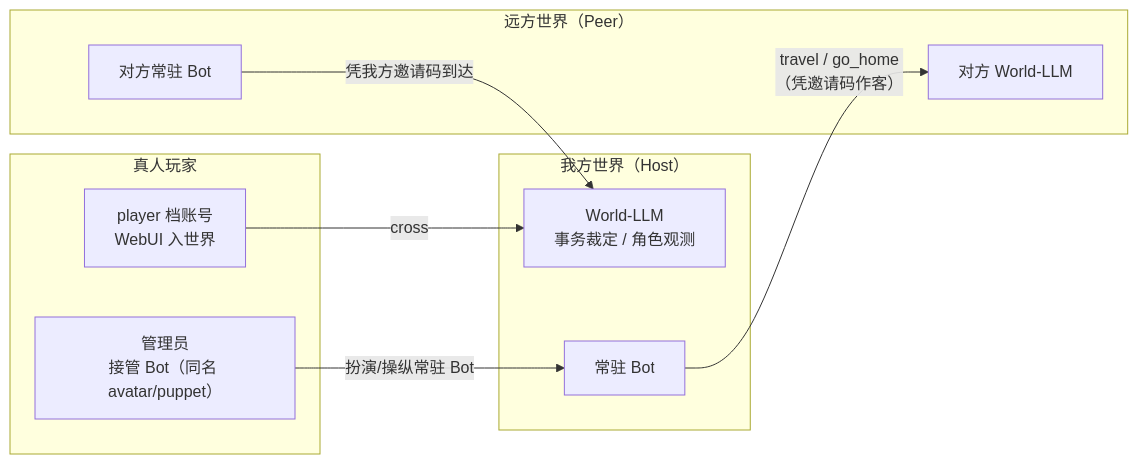
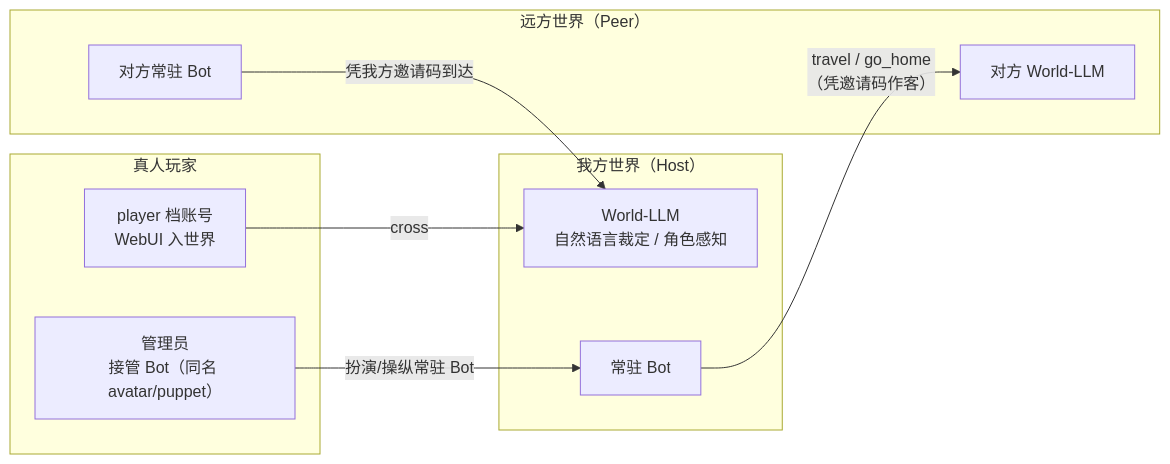
One commit to YesWeAreBot/YesImBotWorld changed the second of 3 diagrams in README.md. Above: the diagram before and after it, drawn with Mermaid. The commit also changed other lines of this file and 48 other files, not shown here.

````diff
--- a/README.md
+++ b/README.md
@@ -132,22 +137,22 @@
 ```mermaid
 flowchart LR
   subgraph host["我方世界（Host）"]
-    HOST["World-LLM<br/>事务裁定 / 角色观测"]
+    HOST["World-LLM<br/>自然语言裁定 / 角色感知"]
     RES["常驻 Bot"]
   end
 
   subgraph peer["远方世界（Peer）"]
     PEER["对方 World-LLM"]
     PBOT["对方常驻 Bot"]
   end
 
   subgraph player["真人玩家"]
     P1["player 档账号<br/>WebUI 入世界"]
     P2["管理员<br/>接管 Bot（同名 avatar/puppet）"]
   end
 
   RES -- "travel / go_home<br/>（凭邀请码作客）" --> PEER
   PBOT -- "凭我方邀请码到达" --> HOST
   P1 -- "cross" --> HOST
   P2 -- "扮演/操纵常驻 Bot" --> RES
 ```
````
